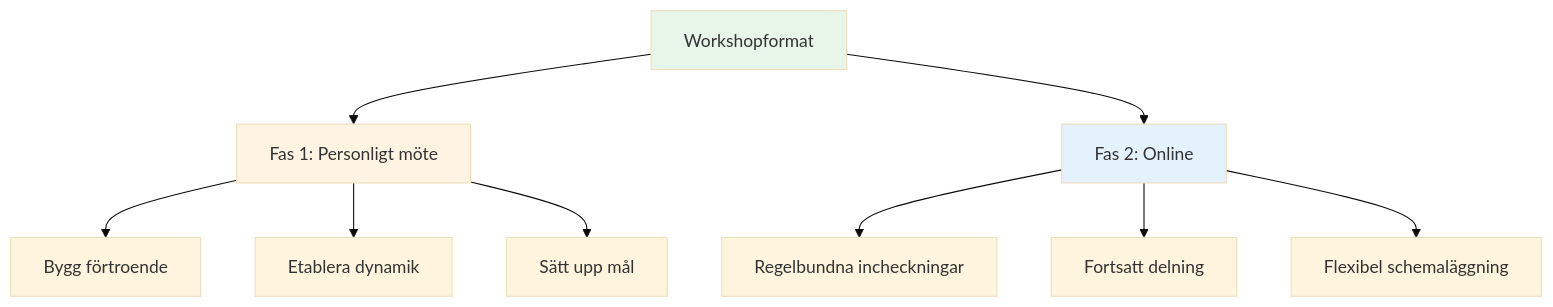
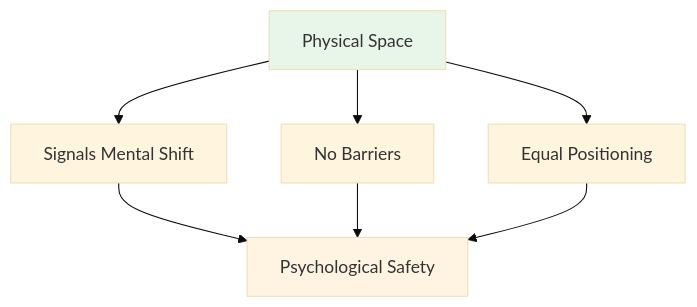
Before and after one commit to patwii/petanque-academy: the second of 4 diagrams in docs/sv/workshop.md, drawn with Mermaid (base theme). The commit also changed other lines of this file and 259 other files, not shown here.

````diff
--- a/docs/sv/workshop.md
+++ b/docs/sv/workshop.md
@@ -39,17 +85,13 @@
 ```mermaid
 graph TD
-    A[Workshopformat] --> B[Fas 1: Personligt möte]
-    A --> C[Fas 2: Online]
+    A[Physical Space] --> B[Signals Mental Shift]
+    A --> C[No Barriers]
+    A --> D[Equal Positioning]
 
-    B --> D[Bygg förtroende]
-    B --> E[Etablera dynamik]
-    B --> F[Sätt upp mål]
-
-    C --> G[Regelbundna incheckningar]
-    C --> H[Fortsatt delning]
-    C --> I[Flexibel schemaläggning]
+    B --> E[Psychological Safety]
+    C --> E
+    D --> E
 
     style A fill:#e8f5e9
-    style B fill:#fff4e1
-    style C fill:#e3f2fd
+    style E fill:#fff4e1
 ```
````
